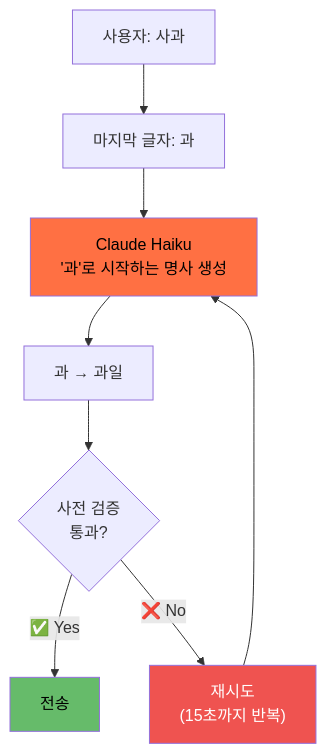
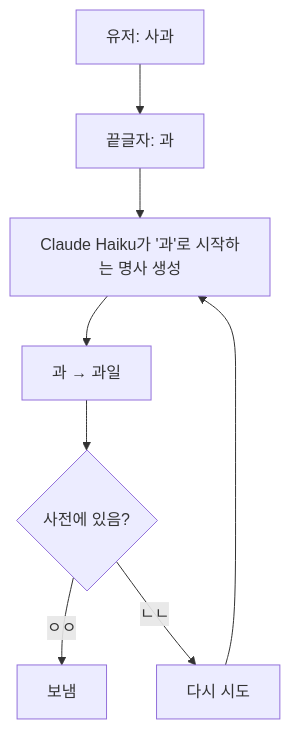
The fourth of 7 diagrams in README.md (Technoetic/word-chain-game), drawn with Mermaid before and after one commit. The commit also changed other lines of this file, not shown here.

````diff
--- a/README.md
+++ b/README.md
@@ -115,14 +73,10 @@
 ```mermaid
 flowchart TD
-    A["사용자: 사과"] --> B["마지막 글자: 과"]
-    B --> C["Claude Haiku\n'과'로 시작하는 명사 생성"]
+    A["유저: 사과"] --> B["끝글자: 과"]
+    B --> C["Claude Haiku가 '과'로 시작하는 명사 생성"]
     C --> D["과 → 과일"]
-    D --> E{"사전 검증\n통과?"}
-    E -->|✅ Yes| F["전송"]
-    E -->|❌ No| G["재시도\n(15초까지 반복)"]
+    D --> E{"사전에 있음?"}
+    E -->|ㅇㅇ| F["보냄"]
+    E -->|ㄴㄴ| G["다시 시도"]
     G --> C
-
-    style C fill:#ff7043,color:#000
-    style F fill:#66bb6a,color:#000
-    style G fill:#ef5350,color:#fff
 ```
````
